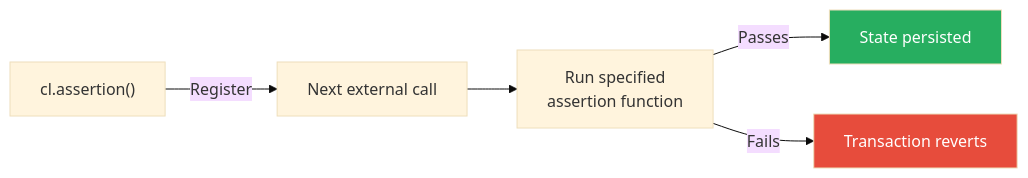
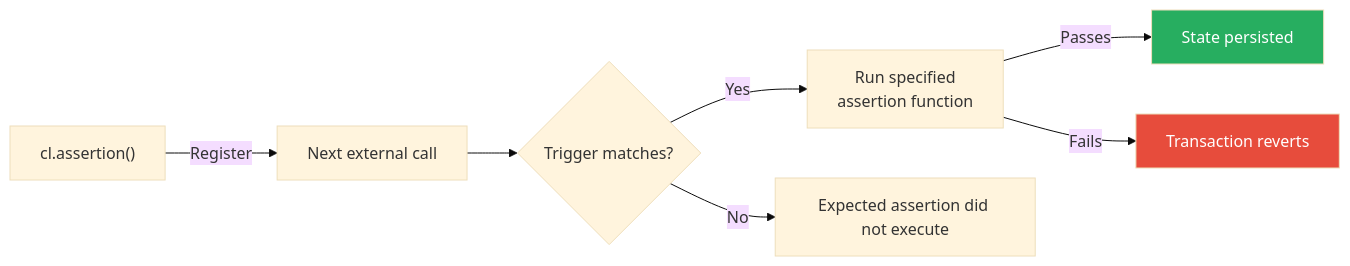
One commit to phylaxsystems/phylax-docs changed the second of 2 diagrams in credible/execution-model.mdx. Above: the diagram before and after it, drawn with Mermaid (base theme). The commit also changed other lines of this file and 155 other files, not shown here.

````diff
--- a/credible/execution-model.mdx
+++ b/credible/execution-model.mdx
@@ -42,10 +42,12 @@
 ```mermaid
 flowchart LR
     CL["cl.assertion()"] --> |Register| NEXT[Next external call]
-    NEXT --> RUN[Run specified<br/>assertion function]
+    NEXT --> MATCH{Trigger matches?}
+    MATCH --> |Yes| RUN[Run specified<br/>assertion function]
+    MATCH --> |No| MISSING[Expected assertion did not execute]
     RUN --> |Passes| PERSIST[State persisted]
     RUN --> |Fails| REVERT[Transaction reverts]
     
     style REVERT fill:#e74c3c,color:#fff
     style PERSIST fill:#27ae60,color:#fff
 ```
````
